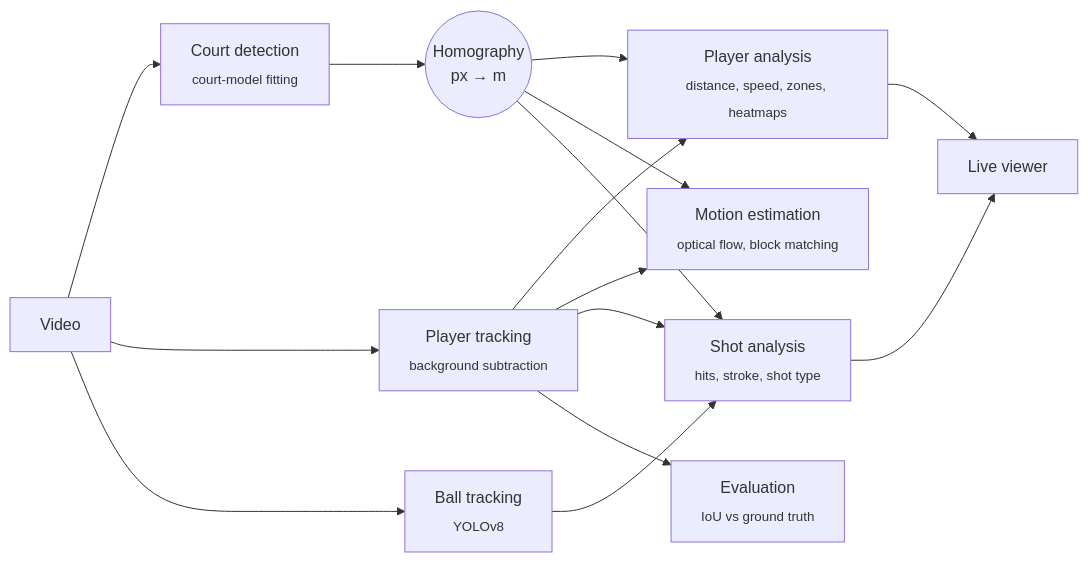
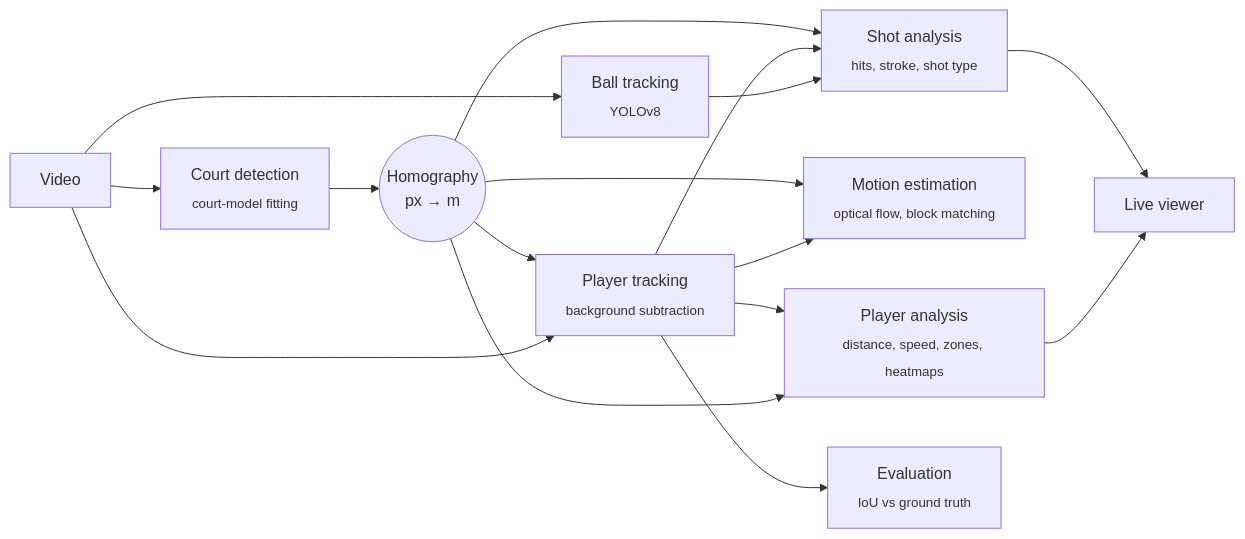
The diagram in README.md (marcomassa-unitn/tennis_players_tracking), drawn with Mermaid before and after one commit. The commit also changed other lines of this file and 9 other files, not shown here.

````diff
--- a/README.md
+++ b/README.md
@@ -79,17 +83,18 @@
 ```mermaid
 flowchart LR
     V[Video] --> C[Court detection<br/><sub>court-model fitting</sub>]
     V --> P[Player tracking<br/><sub>background subtraction</sub>]
     V --> B[Ball tracking<br/><sub>YOLOv8</sub>]
     C --> H((Homography<br/>px → m))
+    H --> P
     H --> PA[Player analysis<br/><sub>distance, speed, zones, heatmaps</sub>]
     P --> PA
     P --> M[Motion estimation<br/><sub>optical flow, block matching</sub>]
     H --> M
     B --> S[Shot analysis<br/><sub>hits, stroke, shot type</sub>]
     P --> S
     H --> S
     P --> E[Evaluation<br/><sub>IoU vs ground truth</sub>]
     PA --> L[Live viewer]
     S --> L
 ```
````
